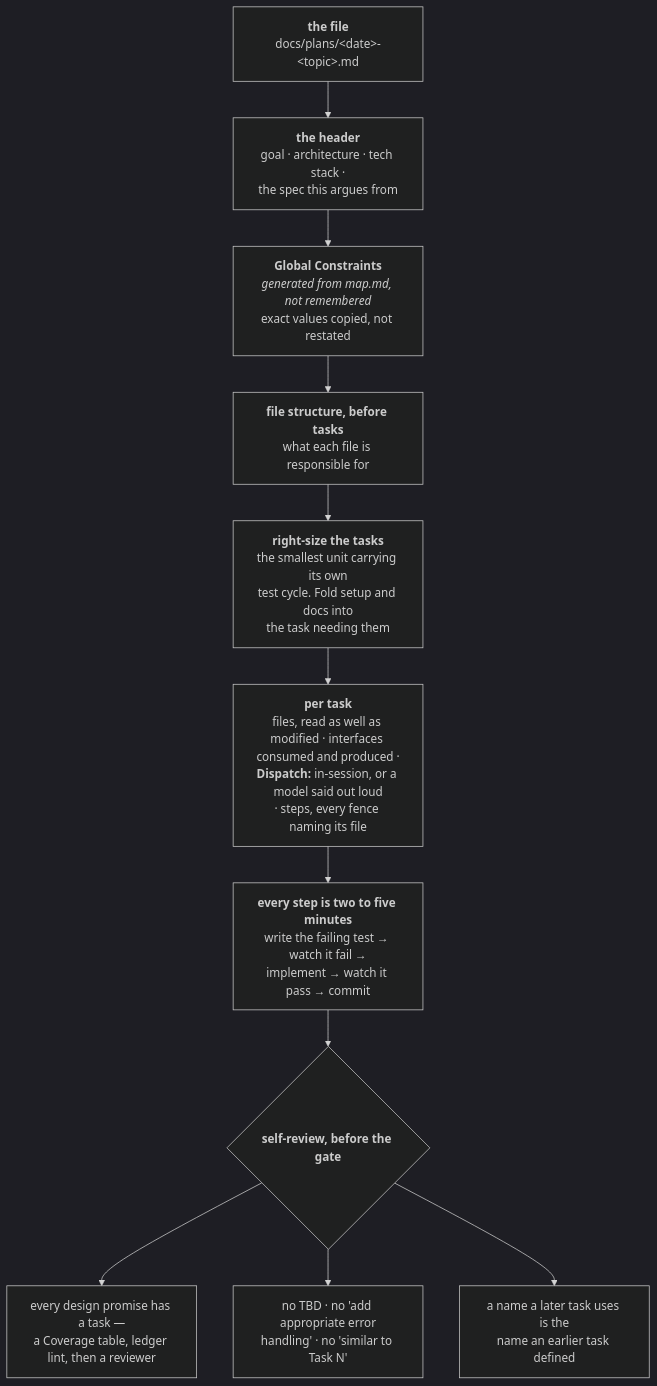
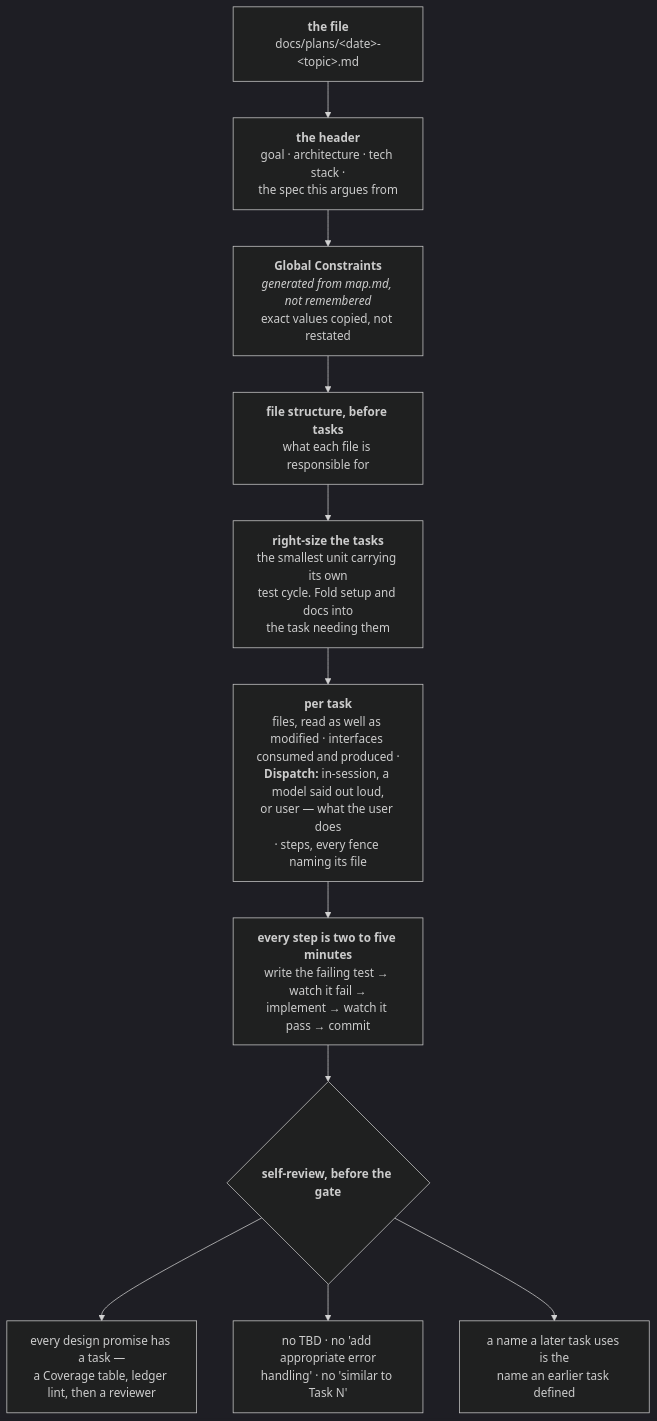
The third of 8 diagrams in docs/pipeline.md (FanFantom9452/FanKeel), drawn with Mermaid (dark theme) before and after one commit. The commit also changed other lines of this file and 9 other files, not shown here.

First line of the commit message:
docs: ready-queue 與 Dispatch user 寫進文件、TODO 關五條、測試秒數、封存 sweep 計畫

````diff
--- a/docs/pipeline.md
+++ b/docs/pipeline.md
@@ -514,19 +514,19 @@
 ```mermaid
 flowchart TD
     A["<b>the file</b><br/>docs/plans/&lt;date&gt;-&lt;topic&gt;.md"]
     B["<b>the header</b><br/>goal · architecture · tech stack ·<br/>the spec this argues from"]
     C["<b>Global Constraints</b><br/><i>generated from map.md, not remembered</i><br/>exact values copied, not restated"]
     D["<b>file structure, before tasks</b><br/>what each file is responsible for"]
     E["<b>right-size the tasks</b><br/>the smallest unit carrying its own<br/>test cycle. Fold setup and docs into<br/>the task needing them"]
-    F["<b>per task</b><br/>files, read as well as modified · interfaces consumed and produced ·<br/><b>Dispatch:</b> in-session, or a model said out loud<br/>· steps, every fence naming its file"]
+    F["<b>per task</b><br/>files, read as well as modified · interfaces consumed and produced ·<br/><b>Dispatch:</b> in-session, a model said out loud,<br/>or user — what the user does<br/>· steps, every fence naming its file"]
     G["<b>every step is two to five minutes</b><br/>write the failing test → watch it fail →<br/>implement → watch it pass → commit"]
     H{"<b>self-review, before the gate</b>"}
     H1["every design promise has a task —<br/>a Coverage table, ledger lint, then a reviewer"]
     H2["no TBD · no 'add appropriate error<br/>handling' · no 'similar to Task N'"]
     H3["a name a later task uses is the<br/>name an earlier task defined"]
 
     A --> B --> C --> D --> E --> F --> G --> H
     H --> H1
     H --> H2
     H --> H3
 ```
````
